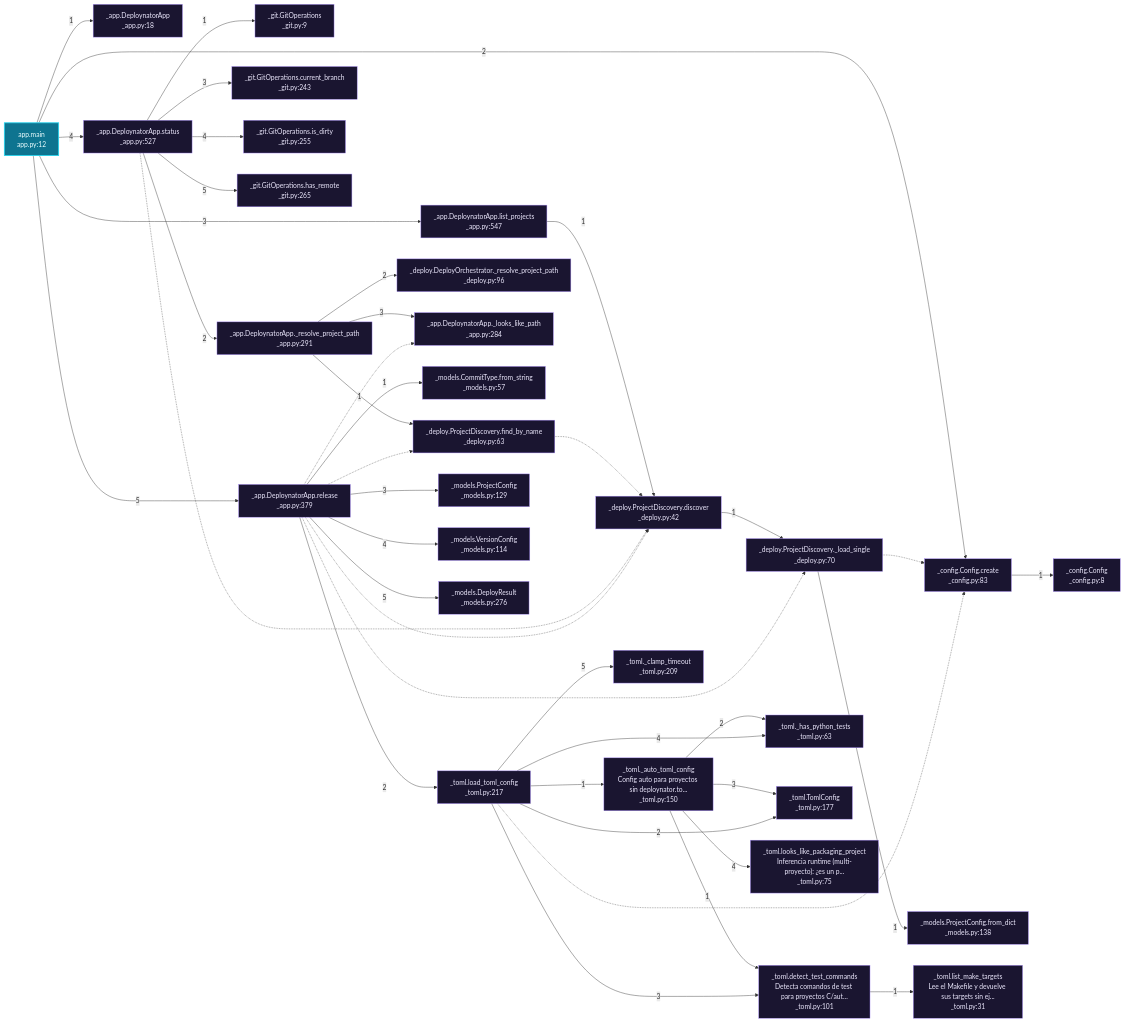
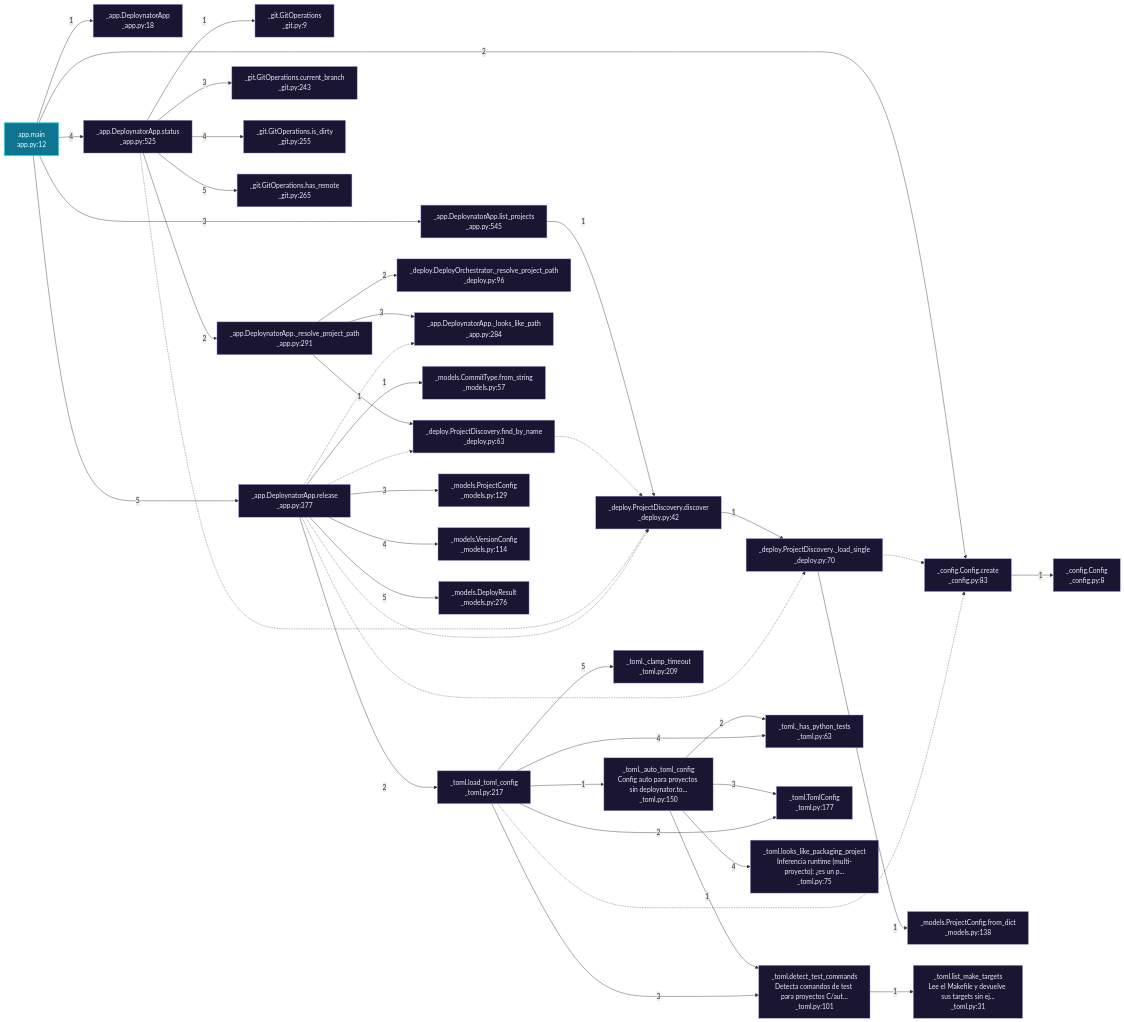
The third of 9 diagrams in readmenator-apidocs/architecture.md (grisuno/deploynator), drawn with Mermaid before and after one commit. The commit also changed other lines of this file and 56 other files, not shown here.

````diff
--- a/readmenator-apidocs/architecture.md
+++ b/readmenator-apidocs/architecture.md
@@ -82,75 +82,75 @@
 ```mermaid
 flowchart LR
     classDef entry fill:#0e7490,stroke:#22d3ee,color:#ecfeff,stroke-width:2px;
     classDef external fill:#1a1530,stroke:#a78bfa,color:#ede9fe;
     n_app_py__main["app.main<br/>app.py:12"]:::entry
     n_deploynator__app_py__DeploynatorApp["_app.DeploynatorApp<br/>_app.py:18"]:::external
     n_deploynator__config_py__create["_config.Config.create<br/>_config.py:83"]:::external
     n_deploynator__config_py__Config["_config.Config<br/>_config.py:8"]:::external
-    n_deploynator__app_py__list_projects["_app.DeploynatorApp.list_projects<br/>_app.py:547"]:::external
+    n_deploynator__app_py__list_projects["_app.DeploynatorApp.list_projects<br/>_app.py:545"]:::external
     n_deploynator__deploy_py__discover["_deploy.ProjectDiscovery.discover<br/>_deploy.py:42"]:::external
     n_deploynator__deploy_py___load_single["_deploy.ProjectDiscovery._load_single<br/>_deploy.py:70"]:::external
     n_deploynator__models_py__from_dict_138["_models.ProjectConfig.from_dict<br/>_models.py:138"]:::external
-    n_deploynator__app_py__status["_app.DeploynatorApp.status<br/>_app.py:527"]:::external
+    n_deploynator__app_py__status["_app.DeploynatorApp.status<br/>_app.py:525"]:::external
     n_deploynator__git_py__GitOperations["_git.GitOperations<br/>_git.py:9"]:::external
     n_deploynator__app_py___resolve_project_path["_app.DeploynatorApp._resolve_project_path<br/>_app.py:291"]:::external
     n_deploynator__deploy_py__find_by_name["_deploy.ProjectDiscovery.find_by_name<br/>_deploy.py:63"]:::external
     n_deploynator__deploy_py___resolve_project_path["_deploy.DeployOrchestrator._resolve_project_path<br/>_deploy.py:96"]:::external
     n_deploynator__app_py___looks_like_path["_app.DeploynatorApp._looks_like_path<br/>_app.py:284"]:::external
     n_deploynator__git_py__current_branch["_git.GitOperations.current_branch<br/>_git.py:243"]:::external
     n_deploynator__git_py__is_dirty["_git.GitOperations.is_dirty<br/>_git.py:255"]:::external
     n_deploynator__git_py__has_remote["_git.GitOperations.has_remote<br/>_git.py:265"]:::external
-    n_deploynator__app_py__release["_app.DeploynatorApp.release<br/>_app.py:379"]:::external
+    n_deploynator__app_py__release["_app.DeploynatorApp.release<br/>_app.py:377"]:::external
     n_deploynator__models_py__from_string_57["_models.CommitType.from_string<br/>_models.py:57"]:::external
     n_deploynator__toml_py__load_toml_config["_toml.load_toml_config<br/>_toml.py:217"]:::external
     n_deploynator__toml_py___auto_toml_config["_toml._auto_toml_config<br/>Config auto para proyectos sin deploynator.to...<br/>_toml.py:150"]:::external
     n_deploynator__toml_py__detect_test_commands["_toml.detect_test_commands<br/>Detecta comandos de test para proyectos C/aut...<br/>_toml.py:101"]:::external
     n_deploynator__toml_py___has_python_tests["_toml._has_python_tests<br/>_toml.py:63"]:::external
     n_deploynator__toml_py__TomlConfig["_toml.TomlConfig<br/>_toml.py:177"]:::external
     n_deploynator__toml_py__looks_like_packaging_project["_toml.looks_like_packaging_project<br/>Inferencia runtime (multi-proyecto): ¿es un p...<br/>_toml.py:75"]:::external
     n_deploynator__toml_py__list_make_targets["_toml.list_make_targets<br/>Lee el Makefile y devuelve sus targets sin ej...<br/>_toml.py:31"]:::external
     n_deploynator__toml_py___clamp_timeout["_toml._clamp_timeout<br/>_toml.py:209"]:::external
     n_deploynator__models_py__ProjectConfig["_models.ProjectConfig<br/>_models.py:129"]:::external
     n_deploynator__models_py__VersionConfig["_models.VersionConfig<br/>_models.py:114"]:::external
     n_deploynator__models_py__DeployResult["_models.DeployResult<br/>_models.py:276"]:::external
     n_app_py__main -->|"1"| n_deploynator__app_py__DeploynatorApp
     n_app_py__main -->|"2"| n_deploynator__config_py__create
     n_deploynator__config_py__create -->|"1"| n_deploynator__config_py__Config
     n_app_py__main -->|"3"| n_deploynator__app_py__list_projects
     n_deploynator__app_py__list_projects -->|"1"| n_deploynator__deploy_py__discover
     n_deploynator__deploy_py__discover -->|"1"| n_deploynator__deploy_py___load_single
     n_deploynator__deploy_py___load_single -.-> n_deploynator__config_py__create
     n_deploynator__deploy_py___load_single -->|"1"| n_deploynator__models_py__from_dict_138
     n_app_py__main -->|"4"| n_deploynator__app_py__status
     n_deploynator__app_py__status -->|"1"| n_deploynator__git_py__GitOperations
     n_deploynator__app_py__status -->|"2"| n_deploynator__app_py___resolve_project_path
     n_deploynator__app_py___resolve_project_path -->|"1"| n_deploynator__deploy_py__find_by_name
     n_deploynator__deploy_py__find_by_name -.-> n_deploynator__deploy_py__discover
     n_deploynator__app_py___resolve_project_path -->|"2"| n_deploynator__deploy_py___resolve_project_path
     n_deploynator__app_py___resolve_project_path -->|"3"| n_deploynator__app_py___looks_like_path
     n_deploynator__app_py__status -->|"3"| n_deploynator__git_py__current_branch
     n_deploynator__app_py__status -->|"4"| n_deploynator__git_py__is_dirty
     n_deploynator__app_py__status -->|"5"| n_deploynator__git_py__has_remote
     n_deploynator__app_py__status -.-> n_deploynator__deploy_py__discover
     n_app_py__main -->|"5"| n_deploynator__app_py__release
     n_deploynator__app_py__release -->|"1"| n_deploynator__models_py__from_string_57
     n_deploynator__app_py__release -.-> n_deploynator__deploy_py__discover
     n_deploynator__app_py__release -.-> n_deploynator__deploy_py__find_by_name
     n_deploynator__app_py__release -.-> n_deploynator__app_py___looks_like_path
     n_deploynator__app_py__release -->|"2"| n_deploynator__toml_py__load_toml_config
     n_deploynator__toml_py__load_toml_config -->|"1"| n_deploynator__toml_py___auto_toml_config
     n_deploynator__toml_py___auto_toml_config -->|"1"| n_deploynator__toml_py__detect_test_commands
     n_deploynator__toml_py___auto_toml_config -->|"2"| n_deploynator__toml_py___has_python_tests
     n_deploynator__toml_py___auto_toml_config -->|"3"| n_deploynator__toml_py__TomlConfig
     n_deploynator__toml_py___auto_toml_config -->|"4"| n_deploynator__toml_py__looks_like_packaging_project
     n_deploynator__toml_py__load_toml_config -->|"2"| n_deploynator__toml_py__TomlConfig
     n_deploynator__toml_py__load_toml_config -.-> n_deploynator__config_py__create
     n_deploynator__toml_py__load_toml_config -->|"3"| n_deploynator__toml_py__detect_test_commands
     n_deploynator__toml_py__detect_test_commands -->|"1"| n_deploynator__toml_py__list_make_targets
     n_deploynator__toml_py__load_toml_config -->|"4"| n_deploynator__toml_py___has_python_tests
     n_deploynator__toml_py__load_toml_config -->|"5"| n_deploynator__toml_py___clamp_timeout
     n_deploynator__app_py__release -->|"3"| n_deploynator__models_py__ProjectConfig
     n_deploynator__app_py__release -->|"4"| n_deploynator__models_py__VersionConfig
     n_deploynator__app_py__release -.-> n_deploynator__deploy_py___load_single
     n_deploynator__app_py__release -->|"5"| n_deploynator__models_py__DeployResult
 ```
````
